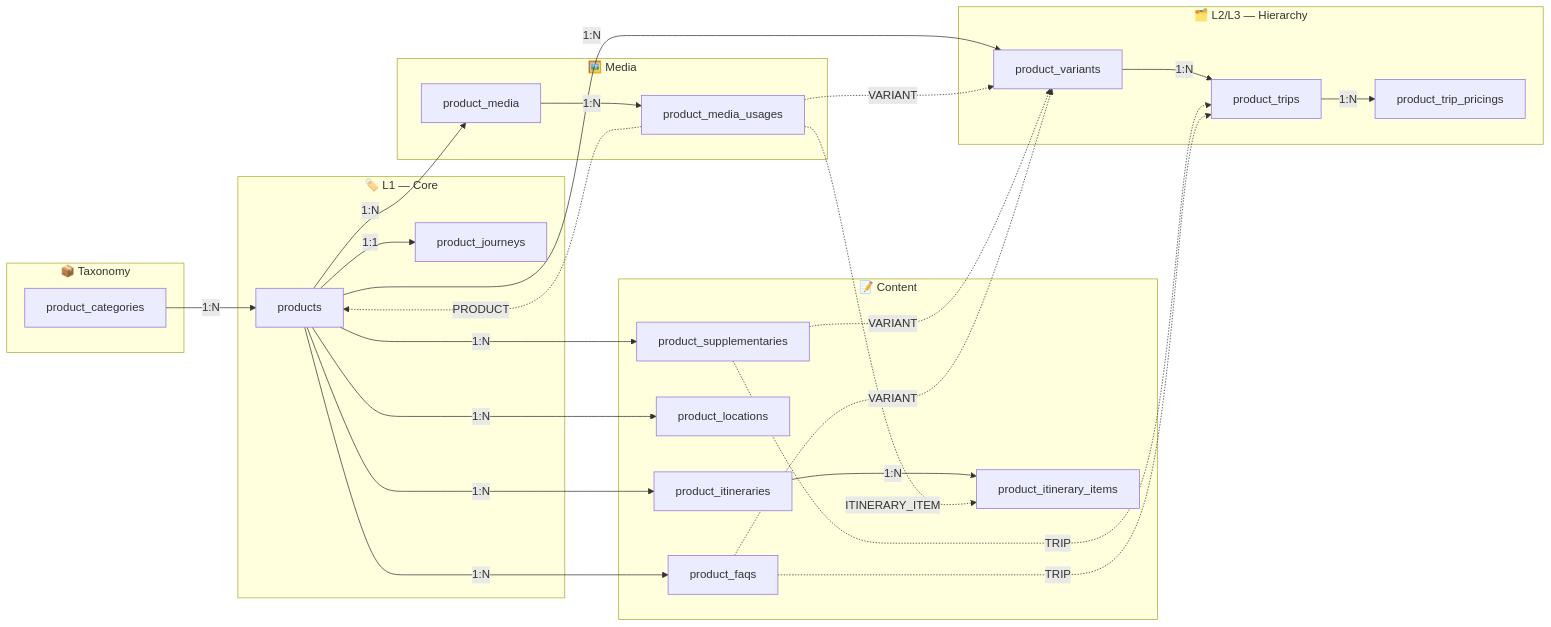
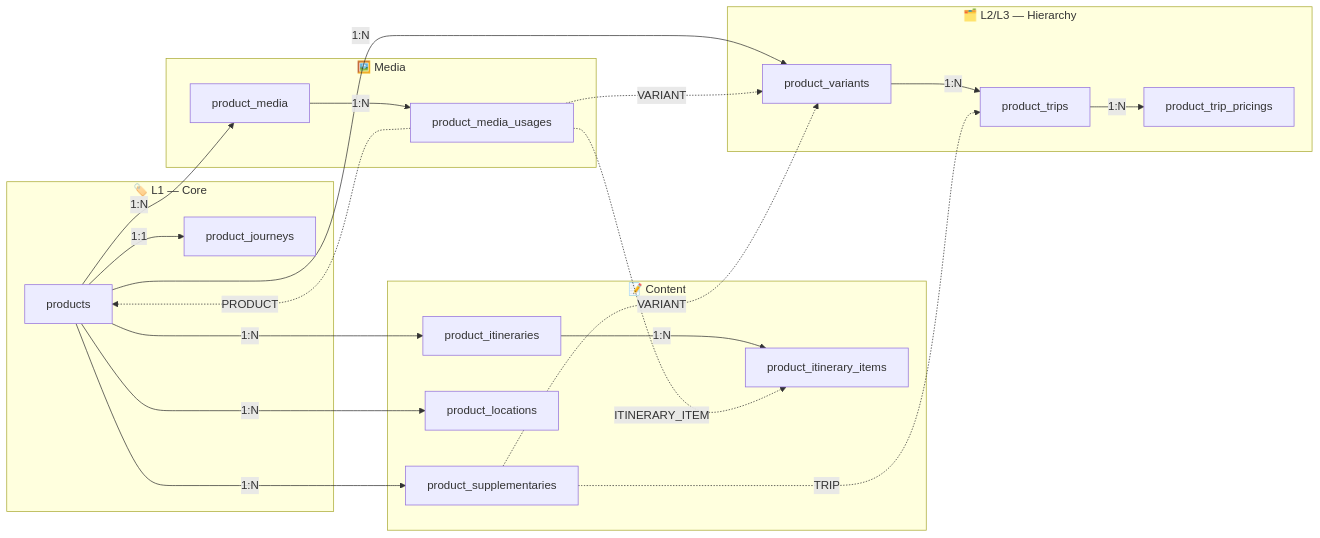
One commit to Haris-saifudin/hobiholidays-documentations changed the seventh of 7 diagrams in product-technical-design.md. Above: the diagram before and after it, drawn with Mermaid. The commit also changed other lines of this file and 1 other file, not shown here.

Commit message:
refactor: remove product categories and FAQs while integrating an area domain for location management in technical design documentation

````diff
--- a/product-technical-design.md
+++ b/product-technical-design.md
@@ -630,51 +581,42 @@
 ```mermaid
 flowchart LR
-    subgraph TAXONOMY["📦 Taxonomy"]
-        CAT["product_categories"]
-    end
-
     subgraph CORE["🏷️ L1 — Core"]
         P["products"]
         PJ["product_journeys"]
     end
 
     subgraph HIERARCHY["🗂️ L2/L3 — Hierarchy"]
         PV["product_variants"]
         PT["product_trips"]
         PP["product_trip_pricings"]
     end
 
     subgraph CONTENT["📝 Content"]
         ITN["product_itineraries"]
         ITEM["product_itinerary_items"]
         LOC["product_locations"]
         SUPP["product_supplementaries"]
-        FAQ["product_faqs"]
     end
 
     subgraph MEDIA["🖼️ Media"]
         M["product_media"]
         MU["product_media_usages"]
     end
 
-    CAT -->|"1:N"| P
     P   -->|"1:1"| PJ
     P   -->|"1:N"| PV
     PV  -->|"1:N"| PT
     PT  -->|"1:N"| PP
     P   -->|"1:N"| ITN
     ITN -->|"1:N"| ITEM
     P   -->|"1:N"| LOC
     P   -->|"1:N"| SUPP
-    P   -->|"1:N"| FAQ
     P   -->|"1:N"| M
     M   -->|"1:N"| MU
 
     MU  -."PRODUCT".-> P
     MU  -."VARIANT".-> PV
     MU  -."ITINERARY_ITEM".-> ITEM
     SUPP -."VARIANT".-> PV
     SUPP -."TRIP".-> PT
-    FAQ  -."VARIANT".-> PV
-    FAQ  -."TRIP".-> PT
 ```
````
